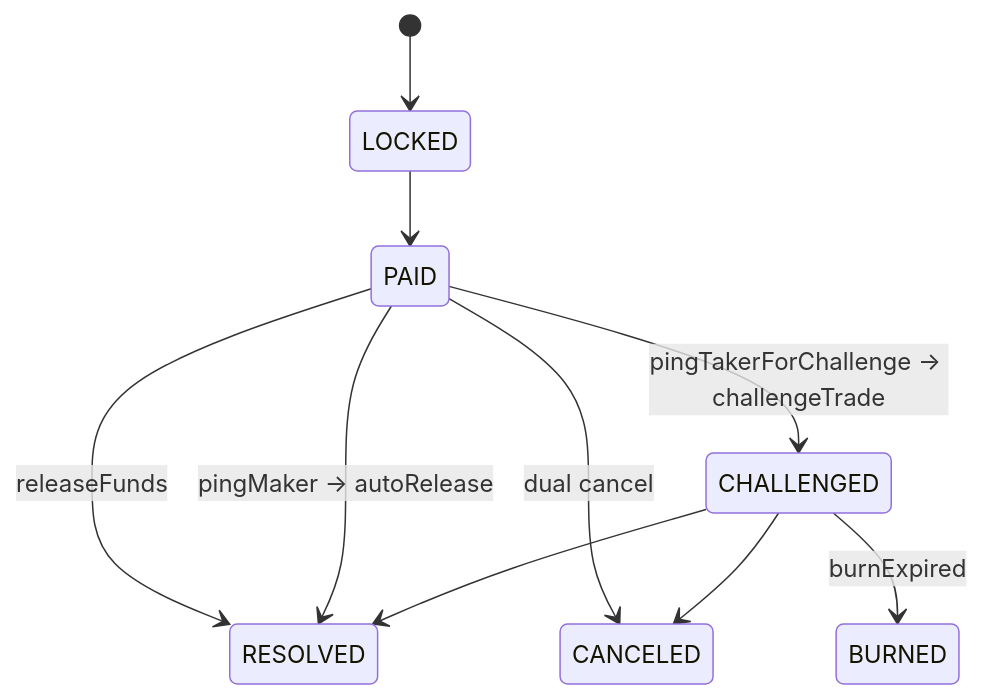
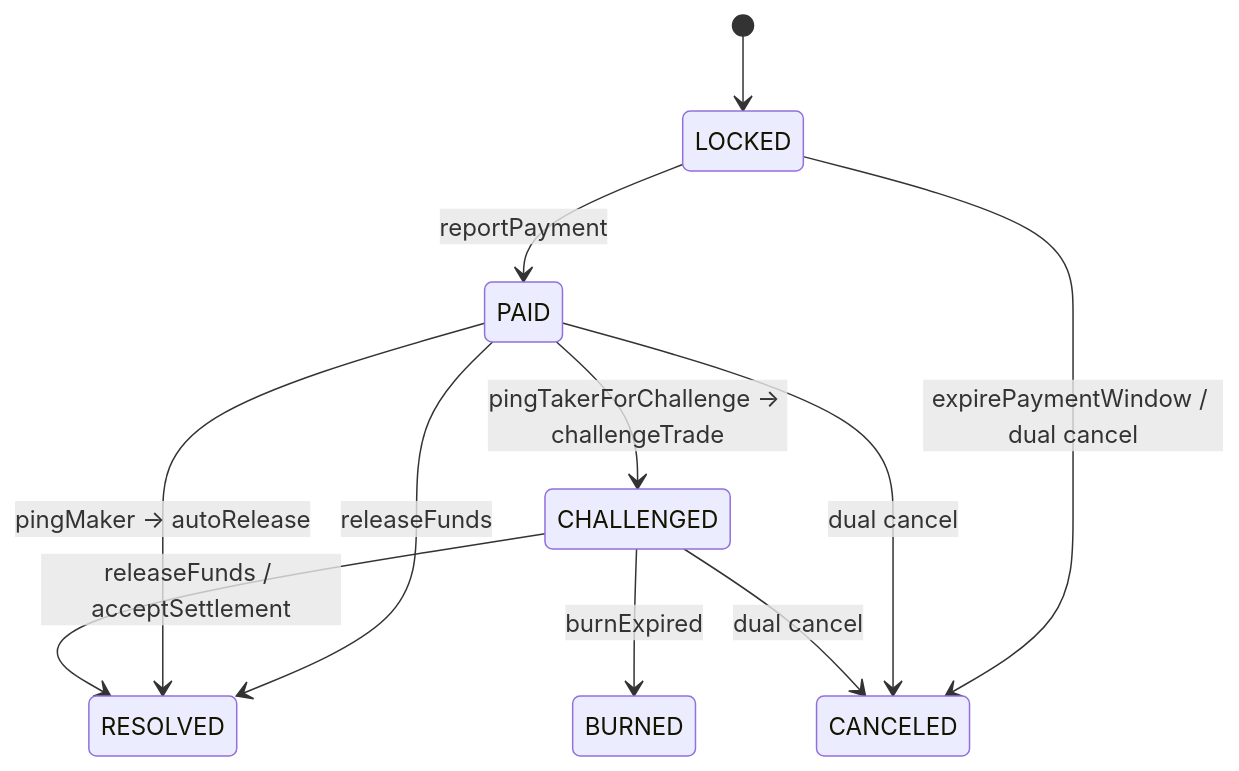
The sixth of 14 diagrams in docs/EN/ARCHITECTURE.md (MyDemir/Araf-Protocol), drawn with Mermaid before and after one commit. The commit also changed other lines of this file and 1 other file, not shown here.

First line of the commit message:
docs(architecture): kontrat bölümleri koddan yeniden hizalandı (TR/EN)

````diff
--- a/docs/EN/ARCHITECTURE.md
+++ b/docs/EN/ARCHITECTURE.md
@@ -328,12 +344,13 @@
 ```mermaid
 stateDiagram-v2
     [*] --> LOCKED
-    LOCKED --> PAID
+    LOCKED --> PAID : reportPayment
+    LOCKED --> CANCELED : expirePaymentWindow / dual cancel
     PAID --> RESOLVED : releaseFunds
     PAID --> CHALLENGED : pingTakerForChallenge -> challengeTrade
     PAID --> RESOLVED : pingMaker -> autoRelease
     PAID --> CANCELED : dual cancel
-    CHALLENGED --> RESOLVED
-    CHALLENGED --> CANCELED
+    CHALLENGED --> RESOLVED : releaseFunds / acceptSettlement
+    CHALLENGED --> CANCELED : dual cancel
     CHALLENGED --> BURNED : burnExpired
 ```
````
